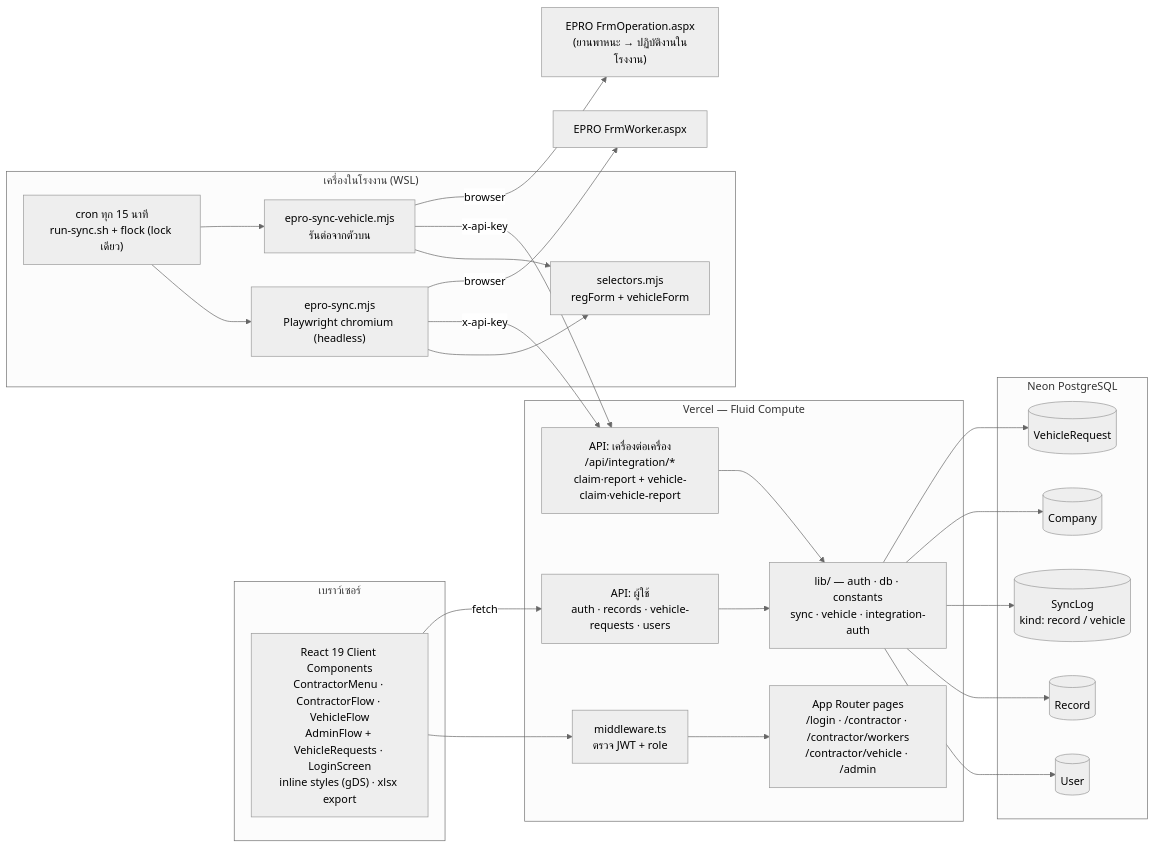
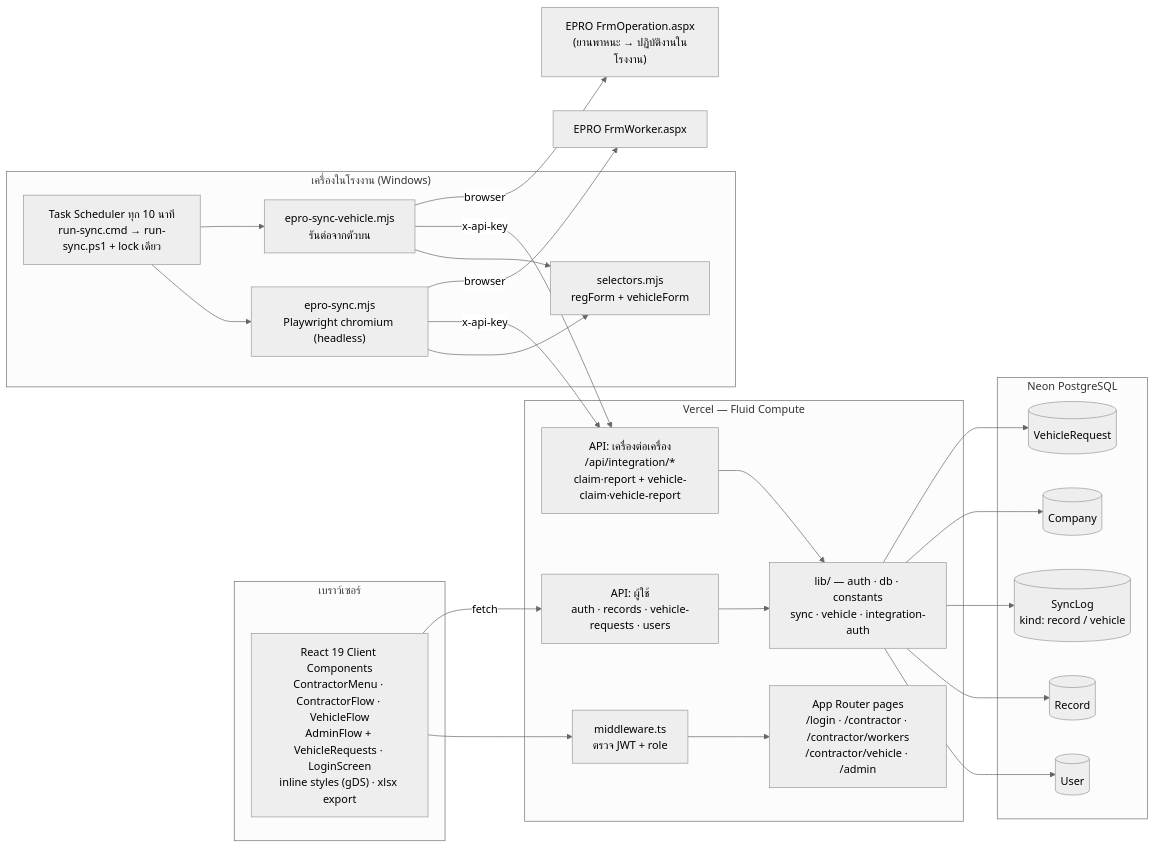
One commit to Prachya-8bit/Gate-pass-system changed the second of 7 diagrams in docs/architecture.md. Above: the diagram before and after it, drawn with Mermaid (neutral theme). The commit also changed other lines of this file and 9 other files, not shown here.

````diff
--- a/docs/architecture.md
+++ b/docs/architecture.md
@@ -43,43 +43,43 @@
 ```mermaid
 graph LR
     subgraph browser["เบราว์เซอร์"]
         UI["React 19 Client Components<br/>ContractorMenu · ContractorFlow · VehicleFlow<br/>AdminFlow + VehicleRequests · LoginScreen<br/>inline styles (gDS) · xlsx export"]
     end
 
     subgraph vercel["Vercel — Fluid Compute"]
         MW["middleware.ts<br/>ตรวจ JWT + role"]
         PAGES["App Router pages<br/>/login · /contractor · /contractor/workers<br/>/contractor/vehicle · /admin"]
         API1["API: ผู้ใช้<br/>auth · records · vehicle-requests · users"]
         API2["API: เครื่องต่อเครื่อง<br/>/api/integration/*<br/>claim·report + vehicle-claim·vehicle-report"]
         LIB["lib/ — auth · db · constants<br/>sync · vehicle · integration-auth"]
     end
 
     subgraph neon["Neon PostgreSQL"]
         T1[("User")]
         T2[("Record")]
         T3[("SyncLog<br/>kind: record / vehicle")]
         T4[("Company")]
         T5[("VehicleRequest")]
     end
 
-    subgraph plant["เครื่องในโรงงาน (WSL)"]
-        CRON["cron ทุก 15 นาที<br/>run-sync.sh + flock (lock เดียว)"]
+    subgraph plant["เครื่องในโรงงาน (Windows)"]
+        CRON["Task Scheduler ทุก 10 นาที<br/>run-sync.cmd → run-sync.ps1 + lock เดียว"]
         SYNC["epro-sync.mjs<br/>Playwright chromium (headless)"]
         SYNCV["epro-sync-vehicle.mjs<br/>รันต่อจากตัวบน"]
         SEL["selectors.mjs<br/>regForm + vehicleForm"]
     end
 
     EPRO["EPRO FrmWorker.aspx"]
     EPROV["EPRO FrmOperation.aspx<br/>(ยานพาหนะ → ปฏิบัติงานในโรงงาน)"]
 
     UI --> MW --> PAGES
     UI -->|fetch| API1
     API1 --> LIB --> T1 & T2 & T3 & T4 & T5
     API2 --> LIB
     CRON --> SYNC --> SEL
     CRON --> SYNCV --> SEL
     SYNC -->|x-api-key| API2
     SYNCV -->|x-api-key| API2
     SYNC -->|browser| EPRO
     SYNCV -->|browser| EPROV
 ```
````
